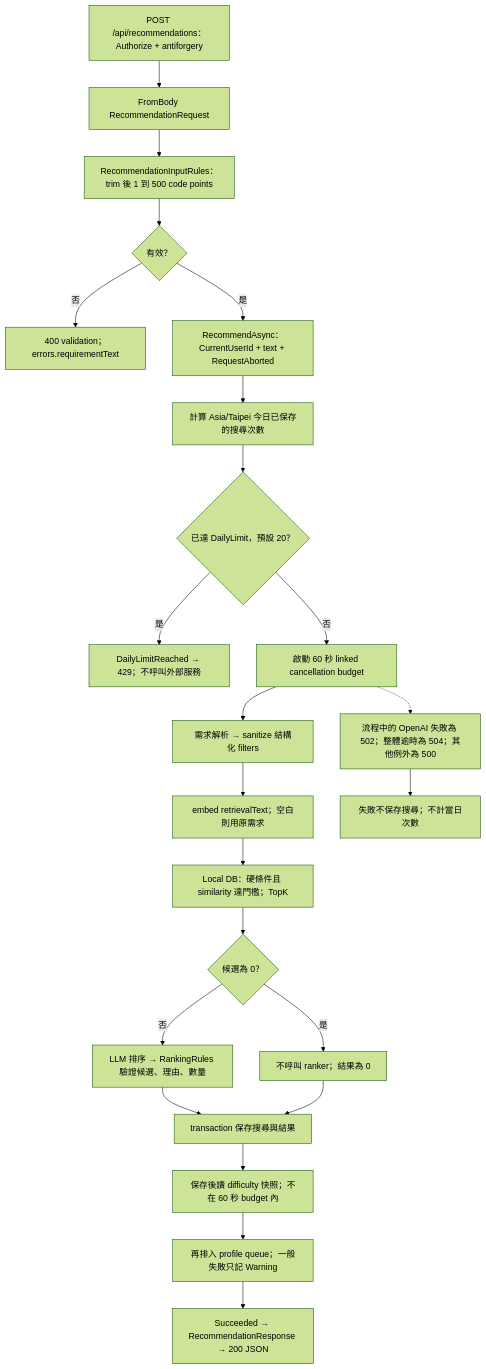
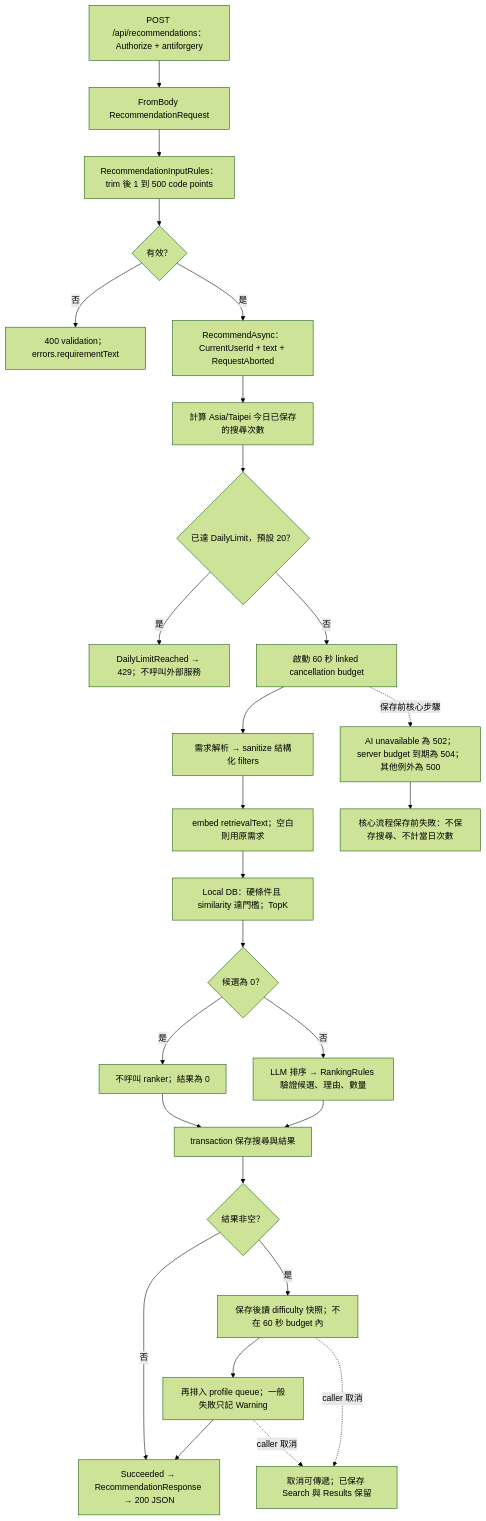
Before and after one commit to Arthur801/Book-Finder: the seventh of 8 diagrams in Controllers/docs/workflow-diagram.md, drawn with Mermaid (forest theme). The commit also changed other lines of this file and 24 other files, not shown here.

````diff
--- a/Controllers/docs/workflow-diagram.md
+++ b/Controllers/docs/workflow-diagram.md
@@ -192,25 +192,29 @@
 ```mermaid
 flowchart TD
     R[POST /api/recommendations：Authorize + antiforgery] --> BIND[FromBody RecommendationRequest]
     BIND --> INPUT[RecommendationInputRules：trim 後 1 到 500 code points]
     INPUT --> VALID{有效？}
     VALID -->|否| BAD[400 validation；errors.requirementText]
     VALID -->|是| CALL[RecommendAsync：CurrentUserId + text + RequestAborted]
     CALL --> DAILY[計算 Asia/Taipei 今日已保存的搜尋次數]
     DAILY --> LIMIT{已達 DailyLimit，預設 20？}
     LIMIT -->|是| TOO[DailyLimitReached → 429；不呼叫外部服務]
     LIMIT -->|否| TIME[啟動 60 秒 linked cancellation budget]
     TIME --> PARSE[需求解析 → sanitize 結構化 filters]
     PARSE --> EMB[embed retrievalText；空白則用原需求]
     EMB --> CAND[Local DB：硬條件且 similarity 達門檻；TopK]
     CAND --> COUNT{候選為 0？}
     COUNT -->|是| ZERO[不呼叫 ranker；結果為 0]
     COUNT -->|否| RANK[LLM 排序 → RankingRules 驗證候選、理由、數量]
     RANK --> SAVE[transaction 保存搜尋與結果]
     ZERO --> SAVE
-    SAVE --> DIFF[保存後讀 difficulty 快照；不在 60 秒 budget 內]
+    SAVE --> HASRESULT{結果非空？}
+    HASRESULT -->|否| DONE
+    HASRESULT -->|是| DIFF[保存後讀 difficulty 快照；不在 60 秒 budget 內]
     DIFF --> QUEUE[再排入 profile queue；一般失敗只記 Warning]
     QUEUE --> DONE[Succeeded → RecommendationResponse → 200 JSON]
-    TIME -.-> FAIL[流程中的 OpenAI 失敗為 502；整體逾時為 504；其他例外為 500]
-    FAIL --> NO[失敗不保存搜尋；不計當日次數]
+    TIME -. 保存前核心步驟 .-> FAIL[AI unavailable 為 502；server budget 到期為 504；其他例外為 500]
+    FAIL --> NO[核心流程保存前失敗：不保存搜尋、不計當日次數]
+    DIFF -. caller 取消 .-> CANCEL[取消可傳遞；已保存 Search 與 Results 保留]
+    QUEUE -. caller 取消 .-> CANCEL
 ```
````
